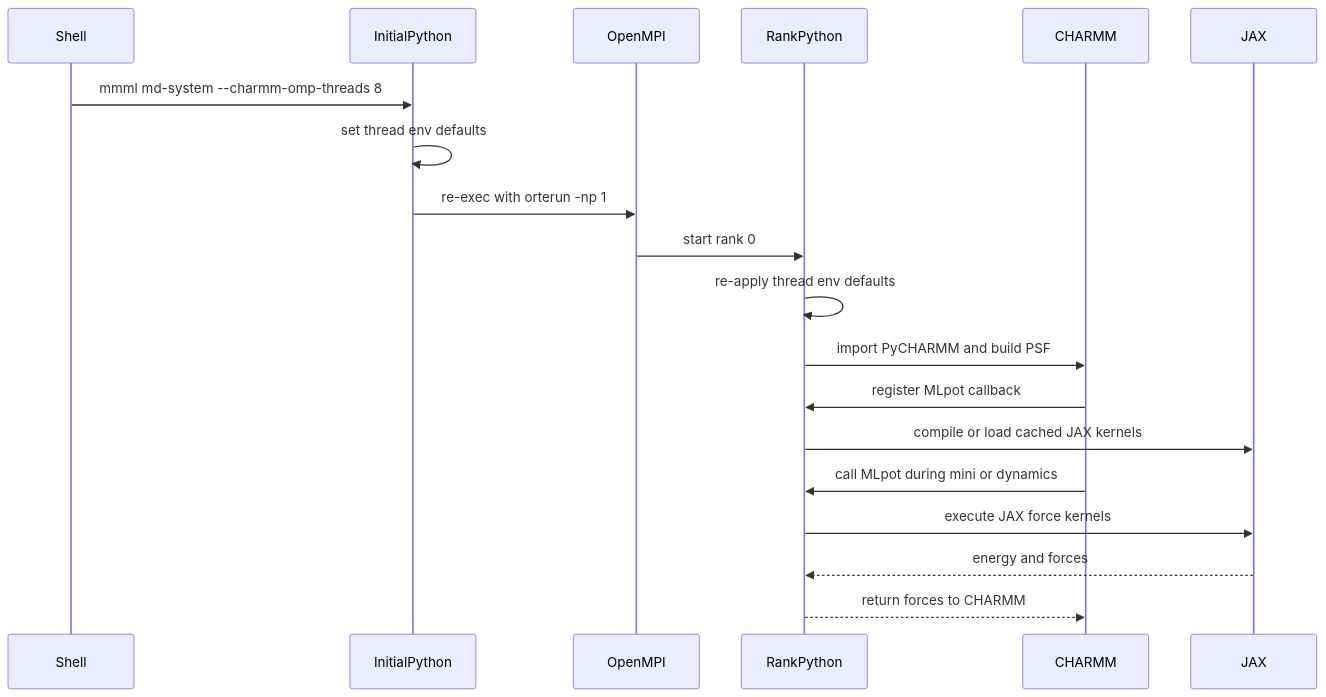
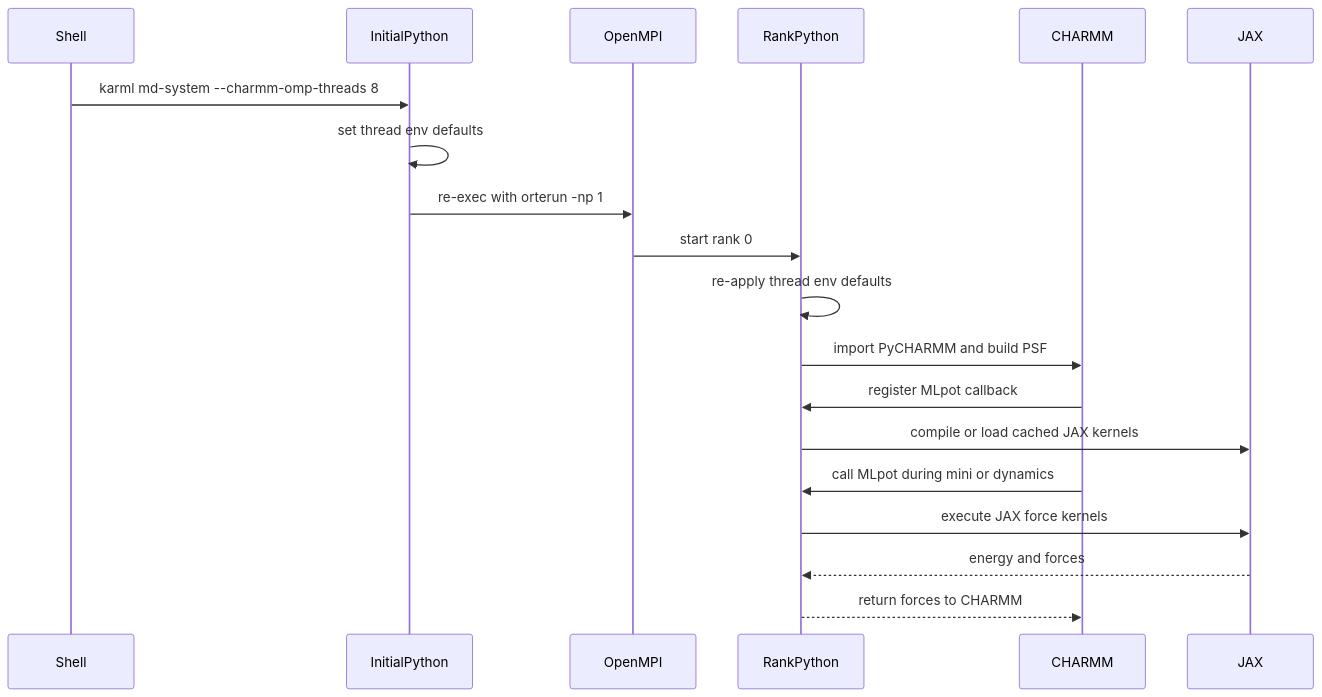
Before and after one commit to EricBoittier/mmml: the third of 4 diagrams in docs/pycharmm-threading.md, drawn with Mermaid. The commit also changed other lines of this file and 2421 other files, not shown here.

First line of the commit message:
Refactor project references from MMML to KARML

````diff
--- a/docs/pycharmm-threading.md
+++ b/docs/pycharmm-threading.md
@@ -114,22 +114,22 @@
 ```mermaid
 sequenceDiagram
   participant S as Shell
   participant P as InitialPython
   participant M as OpenMPI
   participant R as RankPython
   participant C as CHARMM
   participant J as JAX
 
-  S->>P: mmml md-system --charmm-omp-threads 8
+  S->>P: karml md-system --charmm-omp-threads 8
   P->>P: set thread env defaults
   P->>M: re-exec with orterun -np 1
   M->>R: start rank 0
   R->>R: re-apply thread env defaults
   R->>C: import PyCHARMM and build PSF
   C->>R: register MLpot callback
   R->>J: compile or load cached JAX kernels
   C->>R: call MLpot during mini or dynamics
   R->>J: execute JAX force kernels
   J-->>R: energy and forces
   R-->>C: return forces to CHARMM
 ```
````
